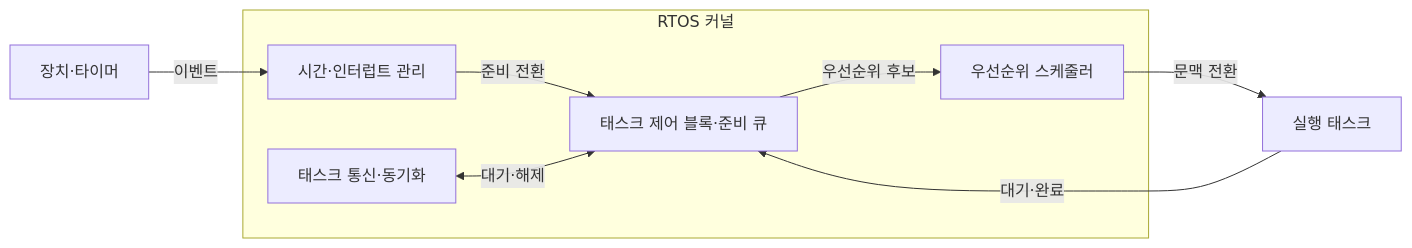
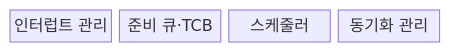
The first of 2 diagrams in src/content/docs/notes/02-hardware/061_real_time_operating_system.md (agnusdei1207/knowledge-base), drawn with Mermaid before and after one commit. The commit also changed other lines of this file and 20 other files, not shown here.

````diff
--- a/src/content/docs/notes/02-hardware/061_real_time_operating_system.md
+++ b/src/content/docs/notes/02-hardware/061_real_time_operating_system.md
@@ -76,11 +74,8 @@
 ```mermaid
-flowchart LR
-    X["장치·타이머"] -->|"이벤트"| I
-    subgraph K["RTOS 커널"]
-        I["시간·인터럽트 관리"] -->|"준비 전환"| Q["태스크 제어 블록·준비 큐"]
-        Q -->|"우선순위 후보"| S["우선순위 스케줄러"]
-        C["태스크 통신·동기화"] <-->|"대기·해제"| Q
-    end
-    S -->|"문맥 전환"| E["실행 태스크"]
-    E -->|"대기·완료"| Q
+block
+  columns 4
+  A["인터럽트 관리"]
+  B["준비 큐·TCB"]
+  C["스케줄러"]
+  D["동기화 관리"]
 ```
````
